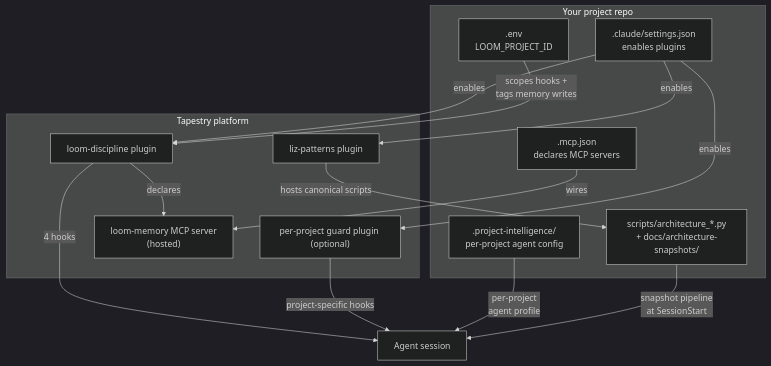
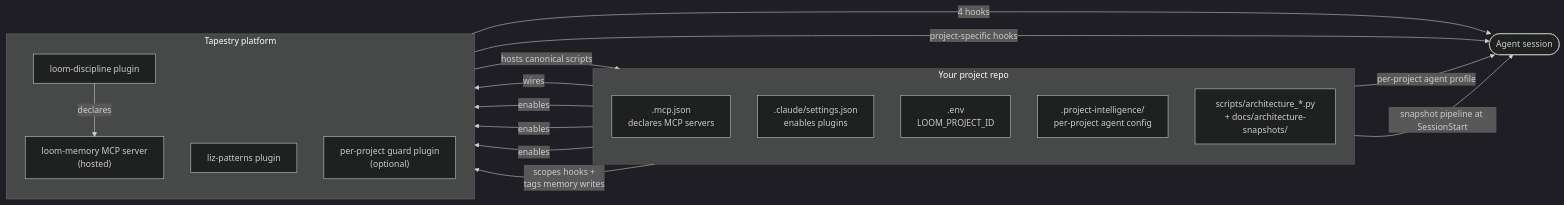
One commit to Lizo-RoadTown/tapestry changed the fifth of 5 diagrams in apps/docs-site/src/content/docs/explanation/discipline-stack.md. Above: the diagram before and after it, drawn with Mermaid (dark theme). The commit also changed other lines of this file and 1 other file, not shown here.

First line of the commit message:
docs(site): v1.3.2 — restructure weak-bonds + parts-compose diagrams

````diff
--- a/apps/docs-site/src/content/docs/explanation/discipline-stack.md
+++ b/apps/docs-site/src/content/docs/explanation/discipline-stack.md
@@ -130,29 +130,33 @@
 ```mermaid
-flowchart TB
+flowchart LR
   subgraph PROJECT["Your project repo"]
+    direction TB
     MCP[".mcp.json<br/>declares MCP servers"]
     SETTINGS[".claude/settings.json<br/>enables plugins"]
     ENV[".env<br/>LOOM_PROJECT_ID"]
     PI[".project-intelligence/<br/>per-project agent config"]
     SNAP["scripts/architecture_*.py<br/>+ docs/architecture-snapshots/"]
   end
 
   subgraph PLATFORM["Tapestry platform"]
+    direction TB
     PLUGIN1["loom-discipline plugin"]
     PLUGIN2["liz-patterns plugin"]
-    PLUGIN3["per-project guard plugin (optional)"]
+    PLUGIN3["per-project guard plugin<br/>(optional)"]
     MEMORY["loom-memory MCP server<br/>(hosted)"]
   end
+
+  AGENT(["Agent session"])
 
   MCP -->|"wires"| MEMORY
   SETTINGS -->|"enables"| PLUGIN1
   SETTINGS -->|"enables"| PLUGIN2
   SETTINGS -->|"enables"| PLUGIN3
   PLUGIN1 -->|"declares"| MEMORY
-  PLUGIN1 -->|"4 hooks"| AGENT["Agent session"]
-  PLUGIN3 -->|"project-specific hooks"| AGENT
   PLUGIN2 -->|"hosts canonical scripts"| SNAP
   ENV -->|"scopes hooks +<br/>tags memory writes"| PLUGIN1
-  PI -->|"per-project<br/>agent profile"| AGENT
-  SNAP -->|"snapshot pipeline<br/>at SessionStart"| AGENT
+  PLUGIN1 -->|"4 hooks"| AGENT
+  PLUGIN3 -->|"project-specific hooks"| AGENT
+  PI -->|"per-project agent profile"| AGENT
+  SNAP -->|"snapshot pipeline at SessionStart"| AGENT
 ```
````
